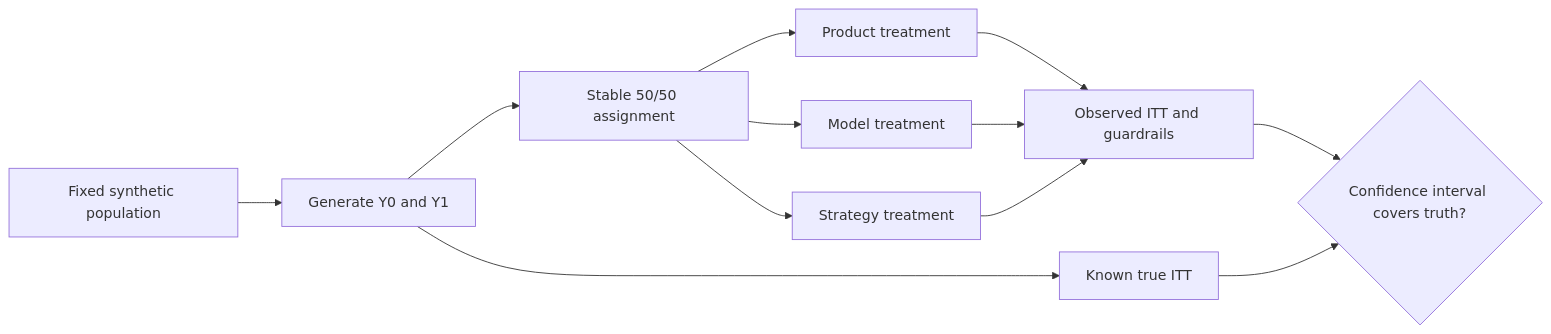
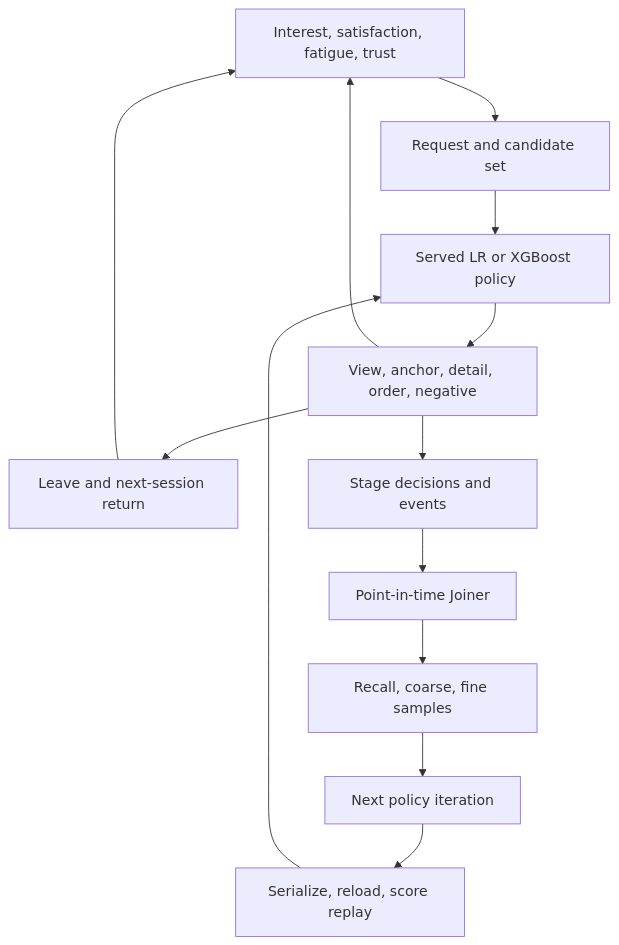
The fourth of 4 diagrams in docs/architecture/model-evolution.md (kleon1024/recsys-fid-system), drawn with Mermaid before and after one commit. The commit also changed other lines of this file and 22 other files, not shown here.

Commit message:
feat(simulation): add stateful recommendation policy iteration

````diff
--- a/docs/architecture/model-evolution.md
+++ b/docs/architecture/model-evolution.md
@@ -125,14 +132,15 @@
 ```mermaid
-flowchart LR
-    Population[Fixed synthetic population] --> Potential[Generate Y0 and Y1]
-    Potential --> Assignment[Stable 50/50 assignment]
-    Assignment --> Product[Product treatment]
-    Assignment --> Model[Model treatment]
-    Assignment --> Strategy[Strategy treatment]
-    Product --> Estimate[Observed ITT and guardrails]
-    Model --> Estimate
-    Strategy --> Estimate
-    Potential --> Truth[Known true ITT]
-    Estimate --> Coverage{Confidence interval covers truth?}
-    Truth --> Coverage
+flowchart TB
+    State[Interest, satisfaction, fatigue, trust] --> Request[Request and candidate set]
+    Request --> Policy[Served LR or XGBoost policy]
+    Policy --> Response[View, anchor, detail, order, negative]
+    Response --> State
+    Response --> Leave[Leave and next-session return]
+    Leave --> State
+    Response --> Log[Stage decisions and events]
+    Log --> Joiner[Point-in-time Joiner]
+    Joiner --> Samples[Recall, coarse, fine samples]
+    Samples --> Train[Next policy iteration]
+    Train --> Replay[Serialize, reload, score replay]
+    Replay --> Policy
 ```
````
